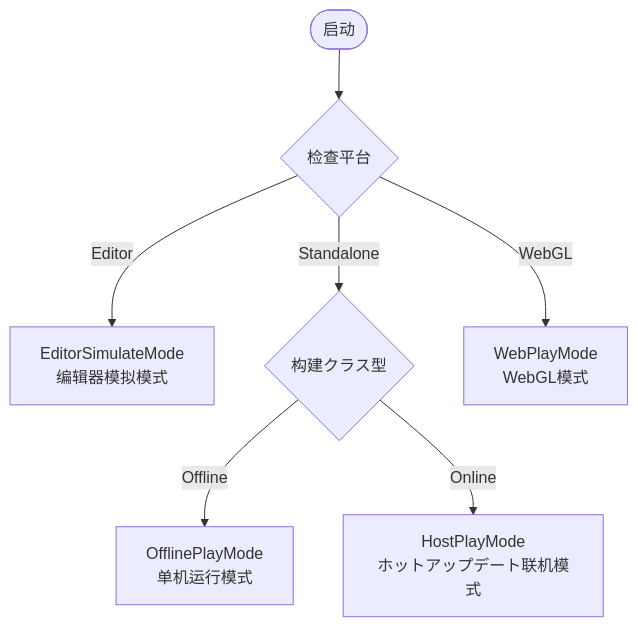
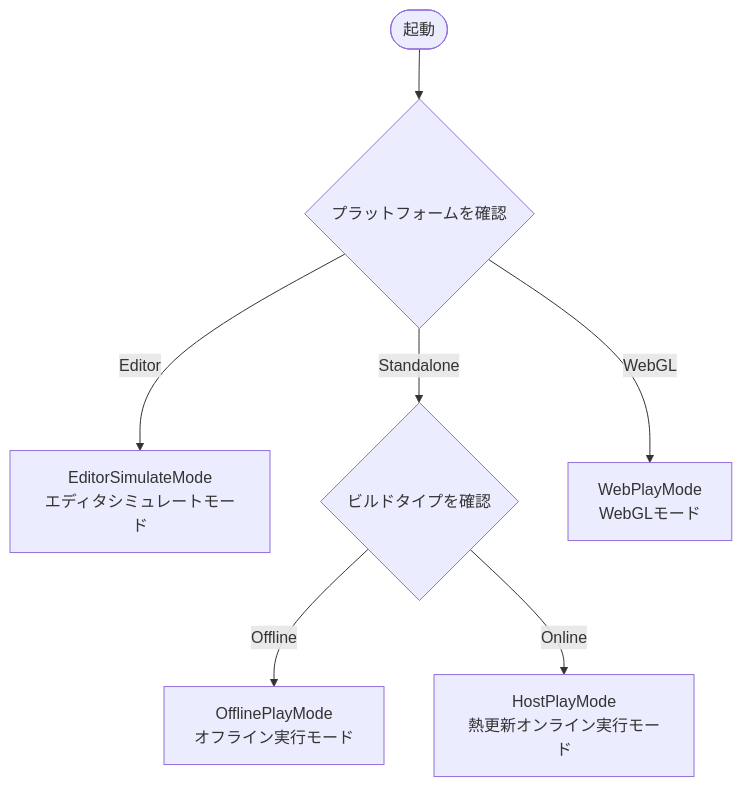
One commit to AlianBlank/GameFrameX.Docs changed the second of 2 diagrams in docs/ja/client/unity/component/asset/03.getting-started.md. Above: the diagram before and after it, drawn with Mermaid. The commit also changed other lines of this file and 320 other files, not shown here.

````diff
--- a/docs/ja/client/unity/component/asset/03.getting-started.md
+++ b/docs/ja/client/unity/component/asset/03.getting-started.md
@@ -59,11 +59,11 @@
 ```mermaid
 flowchart TD
-    Start([启动]) --> CheckPlatform{检查平台}
+    Start([起動]) --> CheckPlatform{プラットフォームを確認}
     
-    CheckPlatform -->|Editor| EditorMode[EditorSimulateMode<br/>编辑器模拟模式]
-    CheckPlatform -->|Standalone| CheckBuild{构建クラス型}
-    CheckPlatform -->|WebGL| WebMode[WebPlayMode<br/>WebGL模式]
+    CheckPlatform -->|Editor| EditorMode[EditorSimulateMode<br/>エディタシミュレートモード]
+    CheckPlatform -->|Standalone| CheckBuild{ビルドタイプを確認}
+    CheckPlatform -->|WebGL| WebMode[WebPlayMode<br/>WebGLモード]
     
-    CheckBuild -->|Offline| OfflineMode[OfflinePlayMode<br/>单机运行模式]
-    CheckBuild -->|Online| HostMode[HostPlayMode<br/>ホットアップデート联机模式]
+    CheckBuild -->|Offline| OfflineMode[OfflinePlayMode<br/>オフライン実行モード]
+    CheckBuild -->|Online| HostMode[HostPlayMode<br/>熱更新オンライン実行モード]
 ```
````
